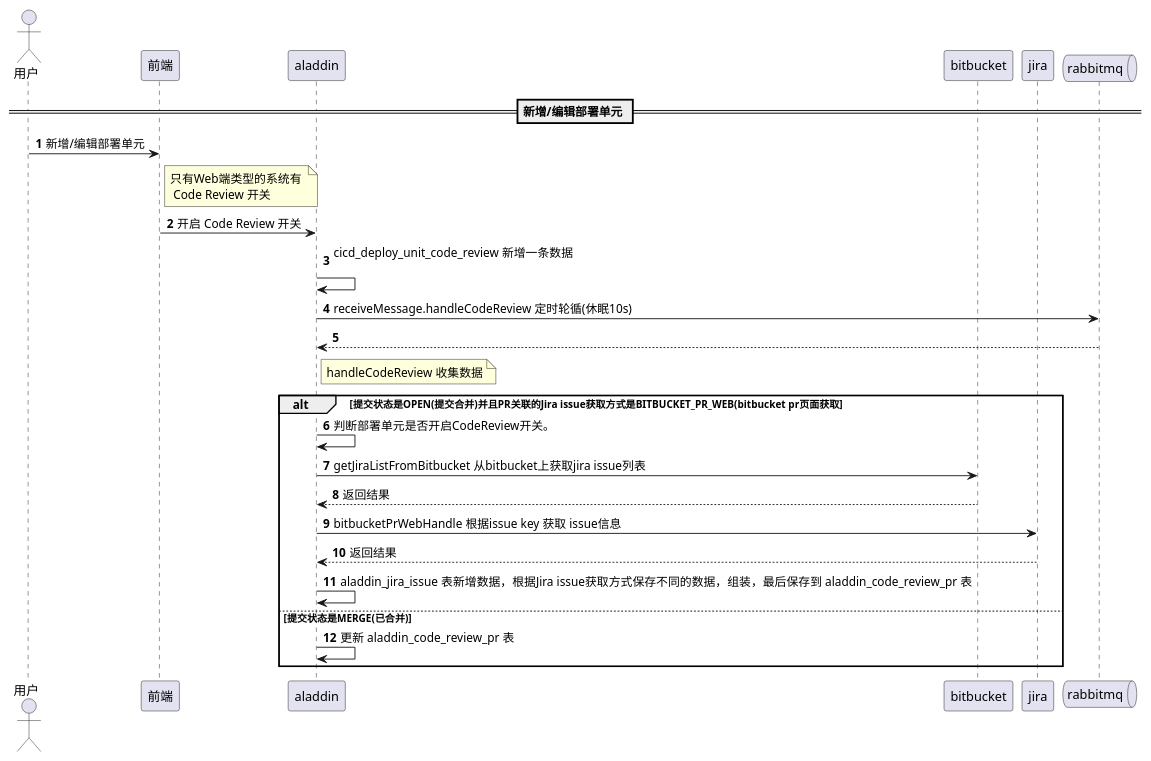
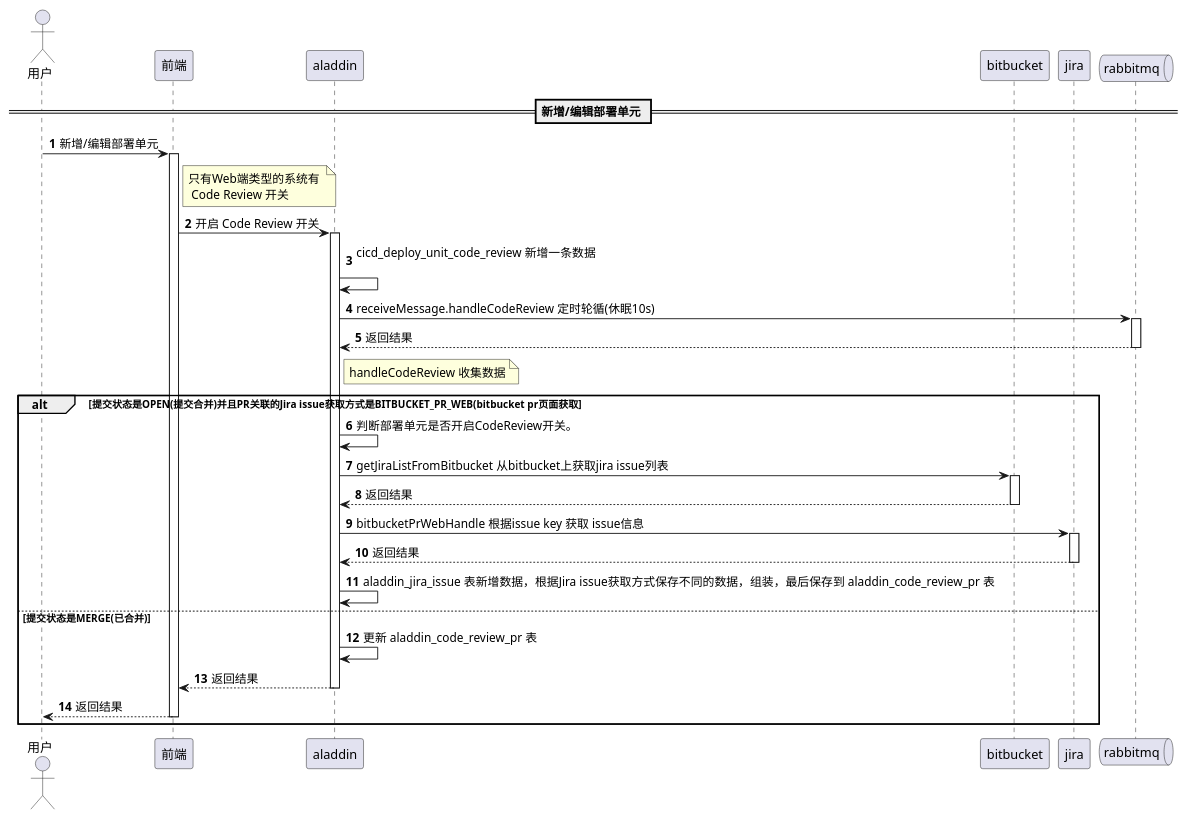
Before and after one commit to zhm-sky/zhmProject: the diagram in src/main/java/com/zhm/plantuml/pr.puml, drawn with PlantUML.

```diff
--- a/src/main/java/com/zhm/plantuml/pr.puml
+++ b/src/main/java/com/zhm/plantuml/pr.puml
@@ -1,53 +1,67 @@
 @startuml
 
 autonumber
 
 actor "用户" as user
 
 participant "前端" as aladdinFront
 
 participant "aladdin" as aladdinServer
 
 participant "bitbucket" as bitbucket
 
 participant "jira" as jira
 
  queue rabbitmq
 
 == 新增/编辑部署单元 ==
 
 user -> aladdinFront: 新增/编辑部署单元
+activate aladdinFront
 
 note right of aladdinFront: 只有Web端类型的系统有 \n Code Review 开关
 
 aladdinFront -> aladdinServer: 开启 Code Review 开关
+activate aladdinServer
 
 aladdinServer -> aladdinServer: cicd_deploy_unit_code_review 新增一条数据 \n
 
 aladdinServer -> rabbitmq: receiveMessage.handleCodeReview 定时轮循(休眠10s)
+activate rabbitmq
 
-rabbitmq --> aladdinServer:
+rabbitmq --> aladdinServer: 返回结果
+deactivate rabbitmq
 
 note right of aladdinServer: handleCodeReview 收集数据
 
 alt 提交状态是OPEN(提交合并)并且PR关联的Jira issue获取方式是BITBUCKET_PR_WEB(bitbucket pr页面获取
 
 aladdinServer -> aladdinServer: 判断部署单元是否开启CodeReview开关。
 
 aladdinServer -> bitbucket: getJiraListFromBitbucket 从bitbucket上获取jira issue列表
+activate bitbucket
 
 bitbucket --> aladdinServer: 返回结果
+deactivate bitbucket
 
 aladdinServer -> jira: bitbucketPrWebHandle 根据issue key 获取 issue信息
+activate jira
 
 jira --> aladdinServer: 返回结果
+deactivate jira
 
 aladdinServer -> aladdinServer: aladdin_jira_issue 表新增数据，根据Jira issue获取方式保存不同的数据，组装，最后保存到 aladdin_code_review_pr 表
 
 else 提交状态是MERGE(已合并)
 
 aladdinServer -> aladdinServer: 更新 aladdin_code_review_pr 表
 
+aladdinServer --> aladdinFront: 返回结果
+deactivate aladdinServer
+
+aladdinFront --> user: 返回结果
+deactivate aladdinFront
+
 end
 
 @enduml
```
